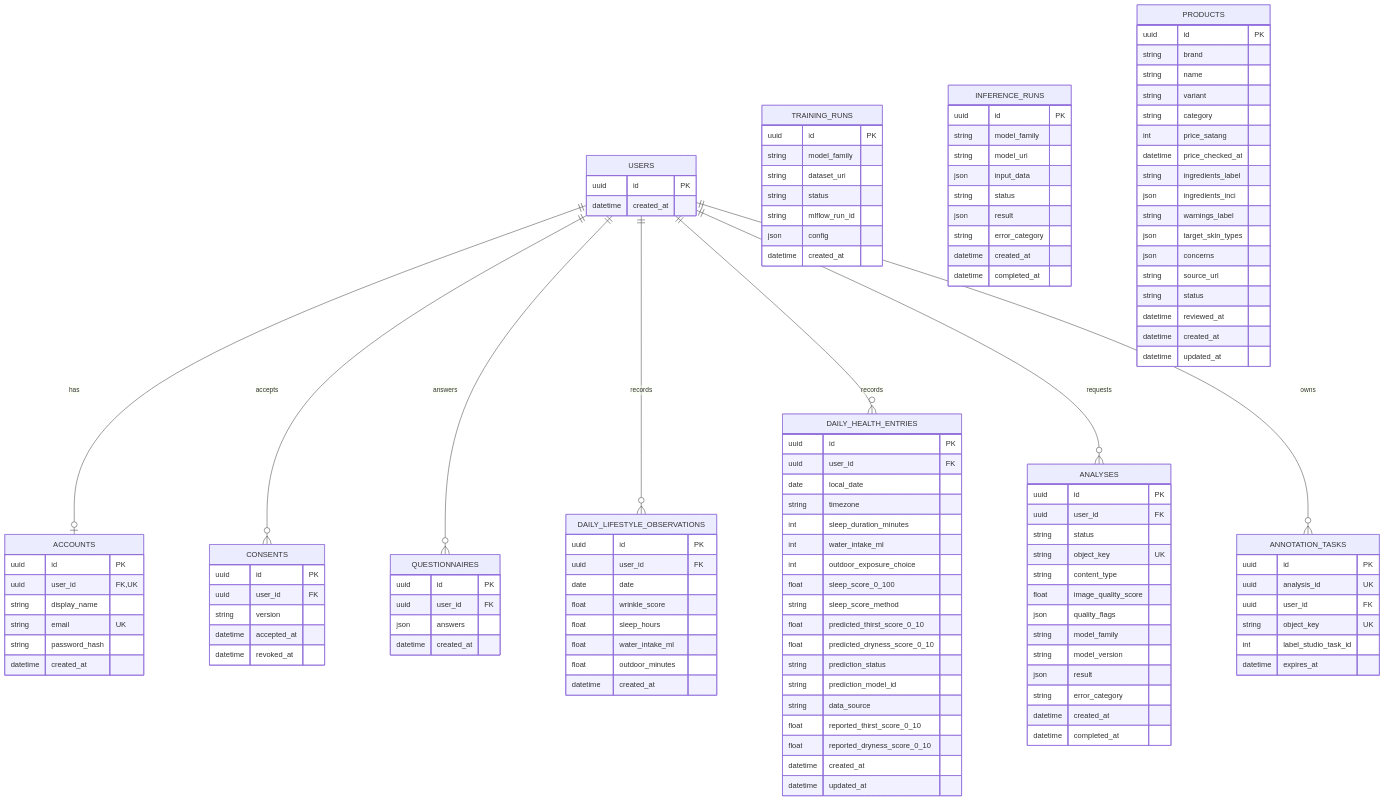
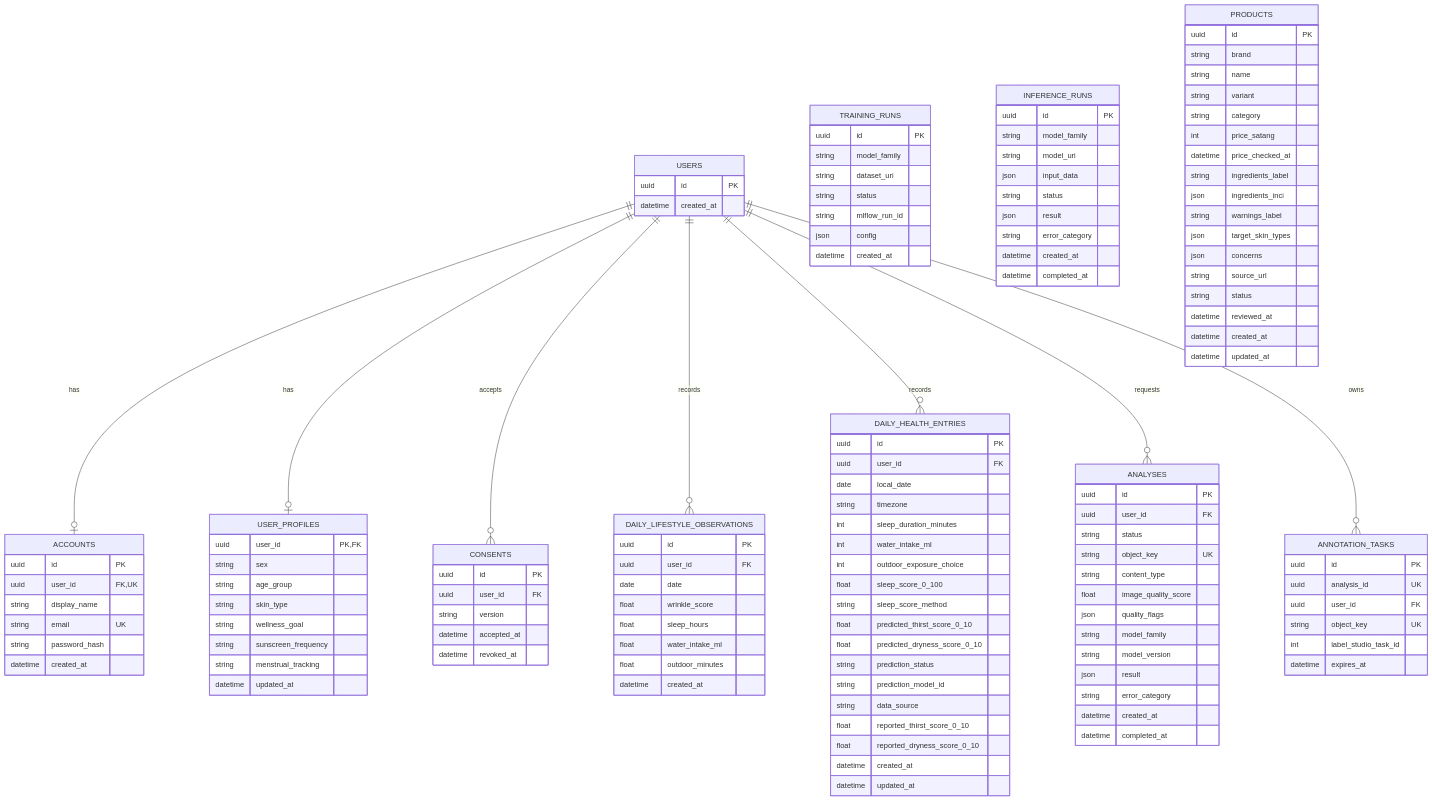
Before and after one commit to PacharaponK/Aphrodize: the diagram in docs/architecture/diagrams/database-er.md, drawn with Mermaid. The commit also changed other lines of this file and 4 other files, not shown here.

Commit message:
docs(user): align schema and fixture documentation

````diff
--- a/docs/architecture/diagrams/database-er.md
+++ b/docs/architecture/diagrams/database-er.md
@@ -5,8 +5,8 @@
 ```mermaid
 erDiagram
     USERS ||--o| ACCOUNTS : has
+    USERS ||--o| USER_PROFILES : has
     USERS ||--o{ CONSENTS : accepts
-    USERS ||--o{ QUESTIONNAIRES : answers
     USERS ||--o{ DAILY_LIFESTYLE_OBSERVATIONS : records
     USERS ||--o{ DAILY_HEALTH_ENTRIES : records
     USERS ||--o{ ANALYSES : requests
@@ -34,11 +34,15 @@
         datetime revoked_at
     }
 
-    QUESTIONNAIRES {
-        uuid id PK
-        uuid user_id FK
-        json answers
-        datetime created_at
+    USER_PROFILES {
+        uuid user_id PK, FK
+        string sex
+        string age_group
+        string skin_type
+        string wellness_goal
+        string sunscreen_frequency
+        string menstrual_tracking
+        datetime updated_at
     }
 
     DAILY_LIFESTYLE_OBSERVATIONS {
````
